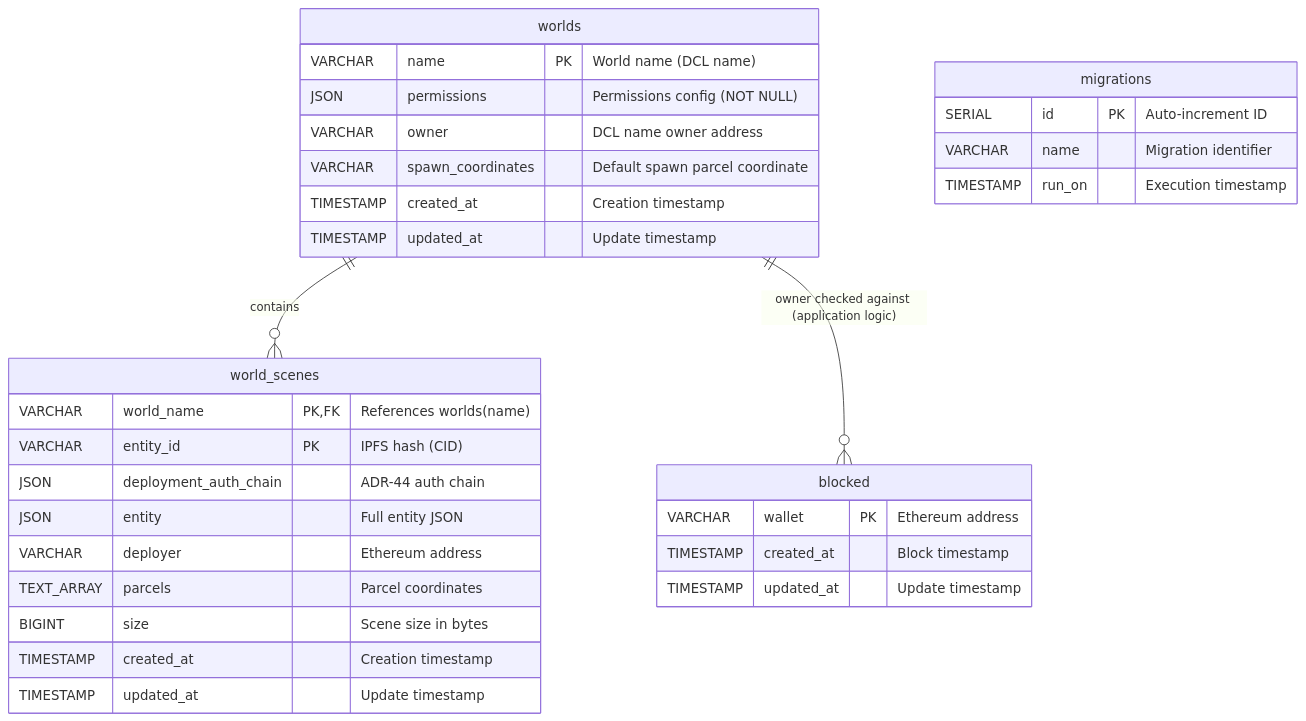
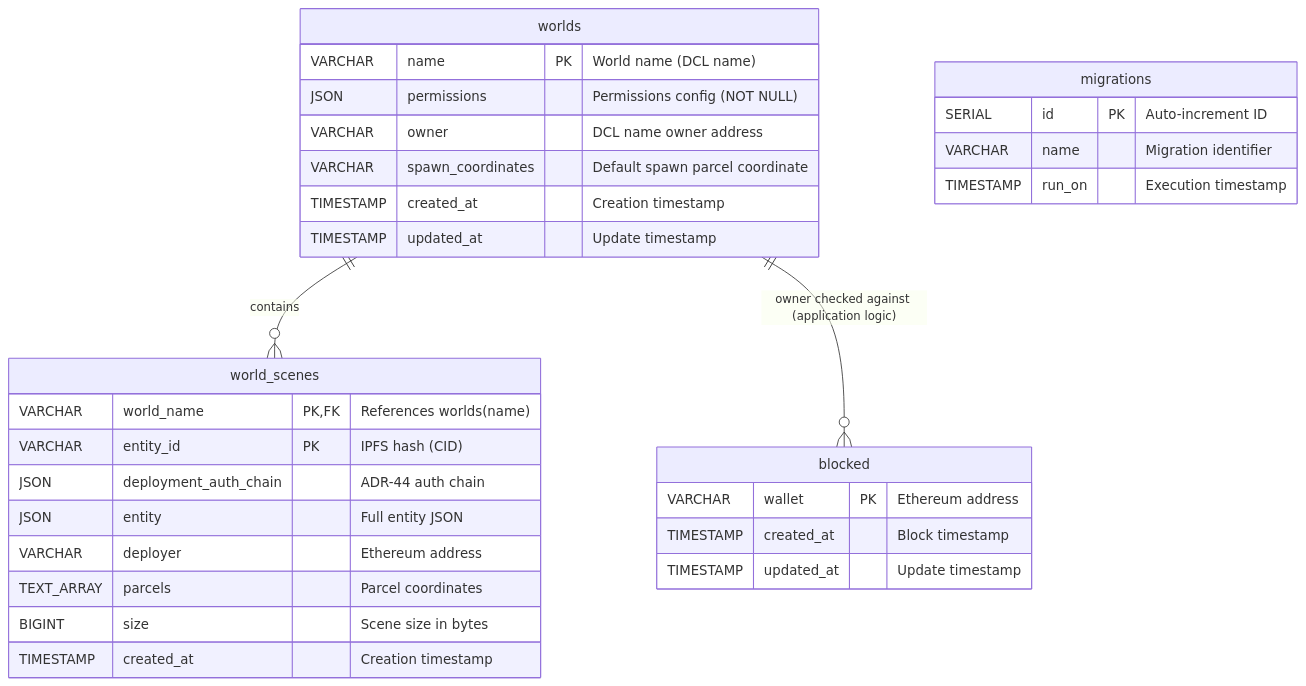
Before and after one commit to decentraland/worlds-content-server: the diagram in docs/database-schema.md, drawn with Mermaid. The commit also changed other lines of this file and 4 other files, not shown here.

````diff
--- a/docs/database-schema.md
+++ b/docs/database-schema.md
@@ -18,38 +18,37 @@
 ```mermaid
 erDiagram
     worlds {
         VARCHAR name PK "World name (DCL name)"
         JSON permissions "Permissions config (NOT NULL)"
         VARCHAR owner "DCL name owner address"
         VARCHAR spawn_coordinates "Default spawn parcel coordinate"
         TIMESTAMP created_at "Creation timestamp"
         TIMESTAMP updated_at "Update timestamp"
     }
 
     world_scenes {
         VARCHAR world_name PK,FK "References worlds(name)"
         VARCHAR entity_id PK "IPFS hash (CID)"
         JSON deployment_auth_chain "ADR-44 auth chain"
         JSON entity "Full entity JSON"
         VARCHAR deployer "Ethereum address"
         TEXT_ARRAY parcels "Parcel coordinates"
         BIGINT size "Scene size in bytes"
         TIMESTAMP created_at "Creation timestamp"
-        TIMESTAMP updated_at "Update timestamp"
     }
 
     blocked {
         VARCHAR wallet PK "Ethereum address"
         TIMESTAMP created_at "Block timestamp"
         TIMESTAMP updated_at "Update timestamp"
     }
 
     migrations {
         SERIAL id PK "Auto-increment ID"
         VARCHAR name "Migration identifier"
         TIMESTAMP run_on "Execution timestamp"
     }
 
     worlds ||--o{ world_scenes : "contains"
     worlds ||--o{ blocked : "owner checked against (application logic)"
 ```
````
